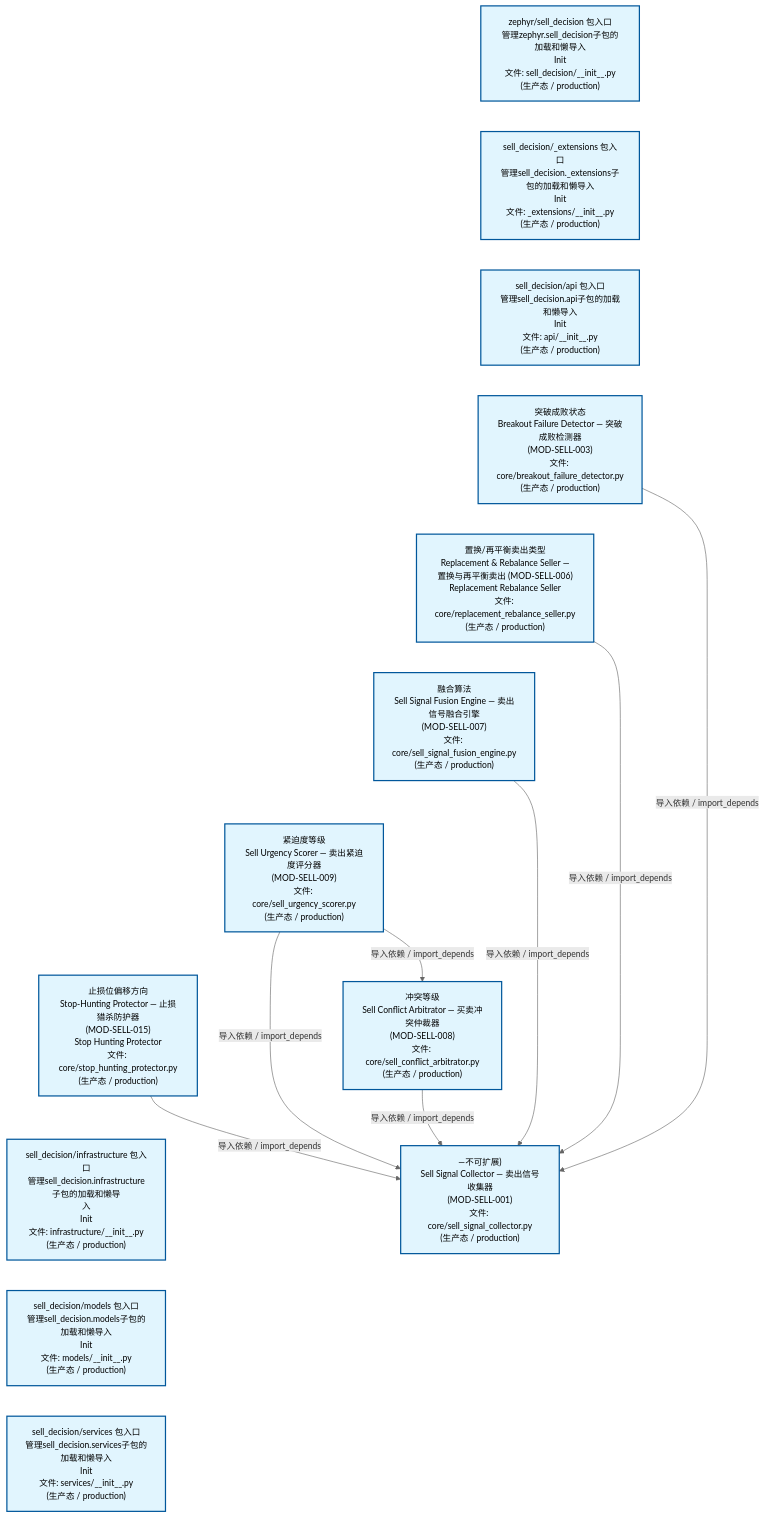
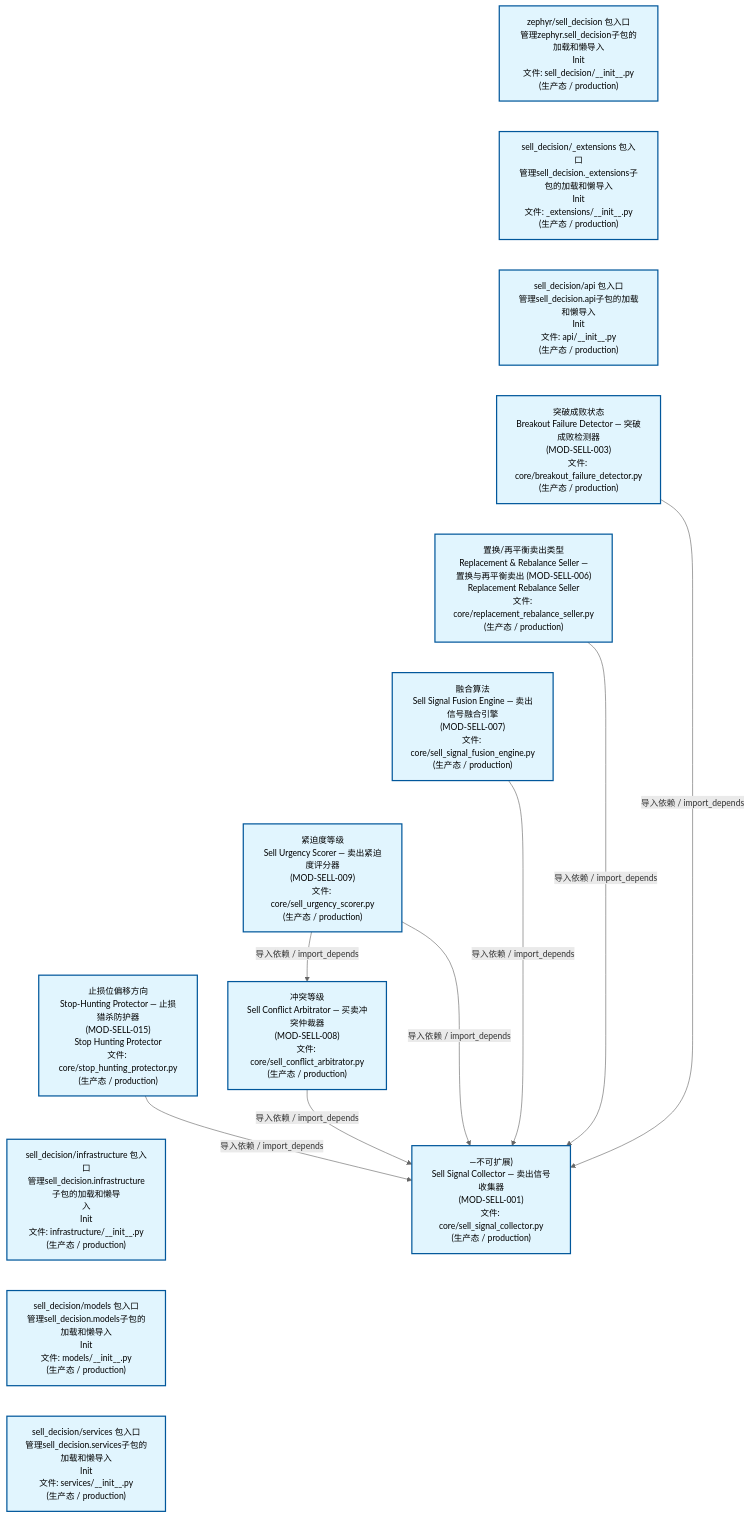
The second of 4 diagrams in docs/02_enterprise_architecture/02_domain_architecture_docs/67_d_sell_decision.md (xuanFelixVan/ZephyrAlpha), drawn with Mermaid before and after one commit. The commit also changed other lines of this file and 45 other files, not shown here.

````diff
--- a/docs/02_enterprise_architecture/02_domain_architecture_docs/67_d_sell_decision.md
+++ b/docs/02_enterprise_architecture/02_domain_architecture_docs/67_d_sell_decision.md
@@ -150,39 +150,39 @@
 ```mermaid
 %%{init: {'theme': 'base', 'themeVariables': {'primaryColor': '#eaeaea', 'primaryTextColor': '#333333', 'primaryBorderColor': '#666666', 'lineColor': '#666666', 'secondaryColor': '#eaeaea', 'tertiaryColor': '#eaeaea', 'fontSize': '14px'}}}%%
 flowchart TD
     src_zephyr_sell_decision_init_py["zephyr/sell_decision 包入口<br/>管理zephyr.sell_decision子包的加载和懒导入<br/>Init<br/>文件: sell_decision/__init__.py<br/>(生产态 / production)"]
     src_zephyr_sell_decision_extensions_init_py["sell_decision/_extensions 包入口<br/>管理sell_decision._extensions子包的加载和懒导入<br/>Init<br/>文件: _extensions/__init__.py<br/>(生产态 / production)"]
     src_zephyr_sell_decision_api_init_py["sell_decision/api 包入口<br/>管理sell_decision.api子包的加载和懒导入<br/>Init<br/>文件: api/__init__.py<br/>(生产态 / production)"]
     src_zephyr_sell_decision_core_breakout_failure_detector_py["突破成败状态<br/>Breakout Failure Detector — 突破成败检测器<br/>(MOD-SELL-003)<br/>文件: core/breakout_failure_detector.py<br/>(生产态 / production)"]
     src_zephyr_sell_decision_core_replacement_rebalance_seller_py["置换/再平衡卖出类型<br/>Replacement & Rebalance Seller —<br/>置换与再平衡卖出 (MOD-SELL-006)<br/>Replacement Rebalance Seller<br/>文件: core/replacement_rebalance_seller.py<br/>(生产态 / production)"]
     src_zephyr_sell_decision_core_sell_signal_fusion_engine_py["融合算法<br/>Sell Signal Fusion Engine — 卖出信号融合引擎<br/>(MOD-SELL-007)<br/>文件: core/sell_signal_fusion_engine.py<br/>(生产态 / production)"]
     src_zephyr_sell_decision_core_sell_urgency_scorer_py["紧迫度等级<br/>Sell Urgency Scorer — 卖出紧迫度评分器<br/>(MOD-SELL-009)<br/>文件: core/sell_urgency_scorer.py<br/>(生产态 / production)"]
     src_zephyr_sell_decision_core_stop_hunting_protector_py["止损位偏移方向<br/>Stop-Hunting Protector — 止损猎杀防护器<br/>(MOD-SELL-015)<br/>Stop Hunting Protector<br/>文件: core/stop_hunting_protector.py<br/>(生产态 / production)"]
     src_zephyr_sell_decision_infrastructure_init_py["sell_decision/infrastructure 包入口<br/>管理sell_decision.infrastructure子包的加载和懒导<br/>入<br/>Init<br/>文件: infrastructure/__init__.py<br/>(生产态 / production)"]
     src_zephyr_sell_decision_models_init_py["sell_decision/models 包入口<br/>管理sell_decision.models子包的加载和懒导入<br/>Init<br/>文件: models/__init__.py<br/>(生产态 / production)"]
     src_zephyr_sell_decision_services_init_py["sell_decision/services 包入口<br/>管理sell_decision.services子包的加载和懒导入<br/>Init<br/>文件: services/__init__.py<br/>(生产态 / production)"]
     src_zephyr_sell_decision_init_py ~~~ src_zephyr_sell_decision_extensions_init_py
     src_zephyr_sell_decision_extensions_init_py ~~~ src_zephyr_sell_decision_api_init_py
     src_zephyr_sell_decision_api_init_py ~~~ src_zephyr_sell_decision_core_breakout_failure_detector_py
     src_zephyr_sell_decision_core_breakout_failure_detector_py ~~~ src_zephyr_sell_decision_core_replacement_rebalance_seller_py
     src_zephyr_sell_decision_core_replacement_rebalance_seller_py ~~~ src_zephyr_sell_decision_core_sell_signal_fusion_engine_py
     src_zephyr_sell_decision_core_sell_signal_fusion_engine_py ~~~ src_zephyr_sell_decision_core_sell_urgency_scorer_py
     src_zephyr_sell_decision_core_sell_urgency_scorer_py ~~~ src_zephyr_sell_decision_core_stop_hunting_protector_py
     src_zephyr_sell_decision_core_stop_hunting_protector_py ~~~ src_zephyr_sell_decision_infrastructure_init_py
     src_zephyr_sell_decision_infrastructure_init_py ~~~ src_zephyr_sell_decision_models_init_py
     src_zephyr_sell_decision_models_init_py ~~~ src_zephyr_sell_decision_services_init_py
     src_zephyr_sell_decision_core_sell_conflict_arbitrator_py["冲突等级<br/>Sell Conflict Arbitrator — 买卖冲突仲裁器<br/>(MOD-SELL-008)<br/>文件: core/sell_conflict_arbitrator.py<br/>(生产态 / production)"]
     src_zephyr_sell_decision_core_sell_signal_collector_py["—不可扩展)<br/>Sell Signal Collector — 卖出信号收集器<br/>(MOD-SELL-001)<br/>文件: core/sell_signal_collector.py<br/>(生产态 / production)"]
+    src_zephyr_sell_decision_core_replacement_rebalance_seller_py -->|导入依赖 / import_depends| src_zephyr_sell_decision_core_sell_signal_collector_py
+    src_zephyr_sell_decision_core_sell_urgency_scorer_py -->|导入依赖 / import_depends| src_zephyr_sell_decision_core_sell_conflict_arbitrator_py
+    src_zephyr_sell_decision_core_sell_urgency_scorer_py -->|导入依赖 / import_depends| src_zephyr_sell_decision_core_sell_signal_collector_py
+    src_zephyr_sell_decision_core_sell_signal_fusion_engine_py -->|导入依赖 / import_depends| src_zephyr_sell_decision_core_sell_signal_collector_py
+    src_zephyr_sell_decision_core_sell_conflict_arbitrator_py -->|导入依赖 / import_depends| src_zephyr_sell_decision_core_sell_signal_collector_py
     src_zephyr_sell_decision_core_breakout_failure_detector_py -->|导入依赖 / import_depends| src_zephyr_sell_decision_core_sell_signal_collector_py
-    src_zephyr_sell_decision_core_replacement_rebalance_seller_py -->|导入依赖 / import_depends| src_zephyr_sell_decision_core_sell_signal_collector_py
-    src_zephyr_sell_decision_core_sell_urgency_scorer_py -->|导入依赖 / import_depends| src_zephyr_sell_decision_core_sell_signal_collector_py
-    src_zephyr_sell_decision_core_sell_urgency_scorer_py -->|导入依赖 / import_depends| src_zephyr_sell_decision_core_sell_conflict_arbitrator_py
-    src_zephyr_sell_decision_core_sell_conflict_arbitrator_py -->|导入依赖 / import_depends| src_zephyr_sell_decision_core_sell_signal_collector_py
-    src_zephyr_sell_decision_core_sell_signal_fusion_engine_py -->|导入依赖 / import_depends| src_zephyr_sell_decision_core_sell_signal_collector_py
     src_zephyr_sell_decision_core_stop_hunting_protector_py -->|导入依赖 / import_depends| src_zephyr_sell_decision_core_sell_signal_collector_py
     classDef production fill:#e1f5fe,stroke:#01579b,stroke-width:2px,color:#000
     classDef design fill:#fff3e0,stroke:#e65100,stroke-width:2px,color:#000,stroke-dasharray: 5 5
     classDef external_prod fill:#e8f4fd,stroke:#0277bd,stroke-width:1px,color:#000
     classDef external_design fill:#fff8e7,stroke:#ef6c00,stroke-width:1px,color:#000,stroke-dasharray: 5 5
     class src_zephyr_sell_decision_init_py,src_zephyr_sell_decision_extensions_init_py,src_zephyr_sell_decision_api_init_py,src_zephyr_sell_decision_core_breakout_failure_detector_py,src_zephyr_sell_decision_core_replacement_rebalance_seller_py,src_zephyr_sell_decision_core_sell_conflict_arbitrator_py,src_zephyr_sell_decision_core_sell_signal_collector_py,src_zephyr_sell_decision_core_sell_signal_fusion_engine_py,src_zephyr_sell_decision_core_sell_urgency_scorer_py,src_zephyr_sell_decision_core_stop_hunting_protector_py,src_zephyr_sell_decision_infrastructure_init_py,src_zephyr_sell_decision_models_init_py,src_zephyr_sell_decision_services_init_py production
 ```
````
